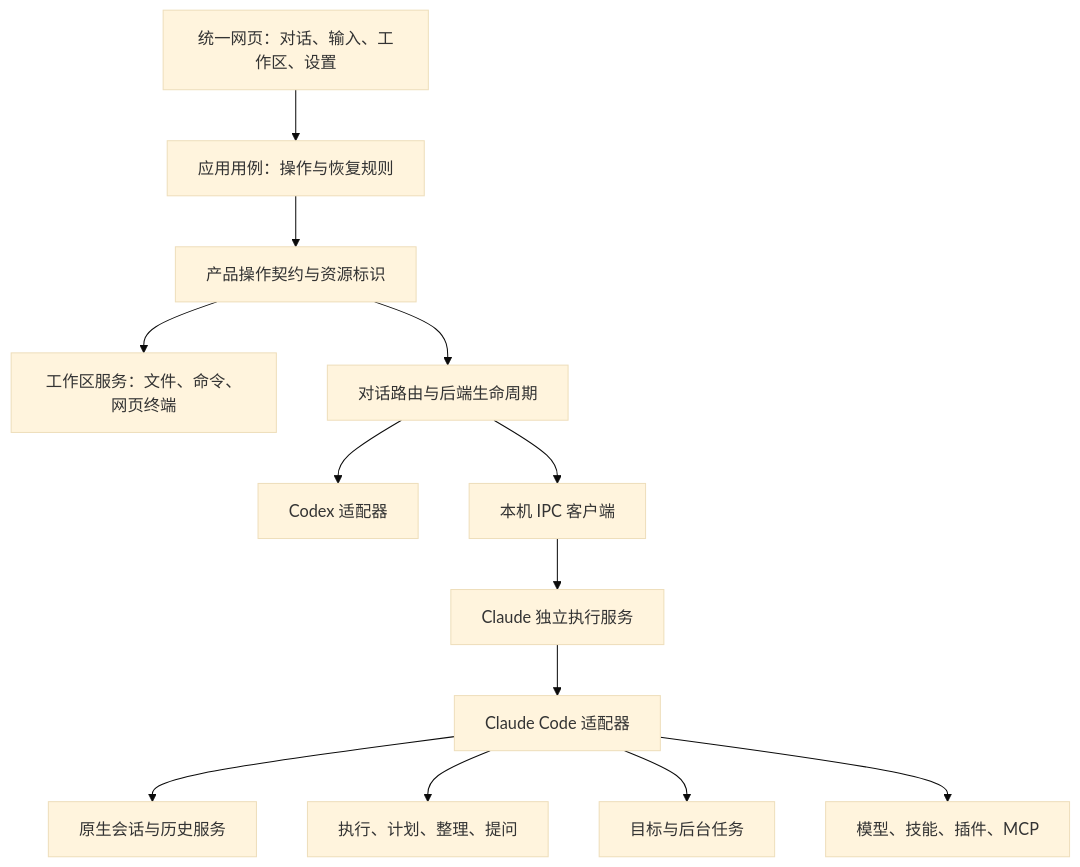
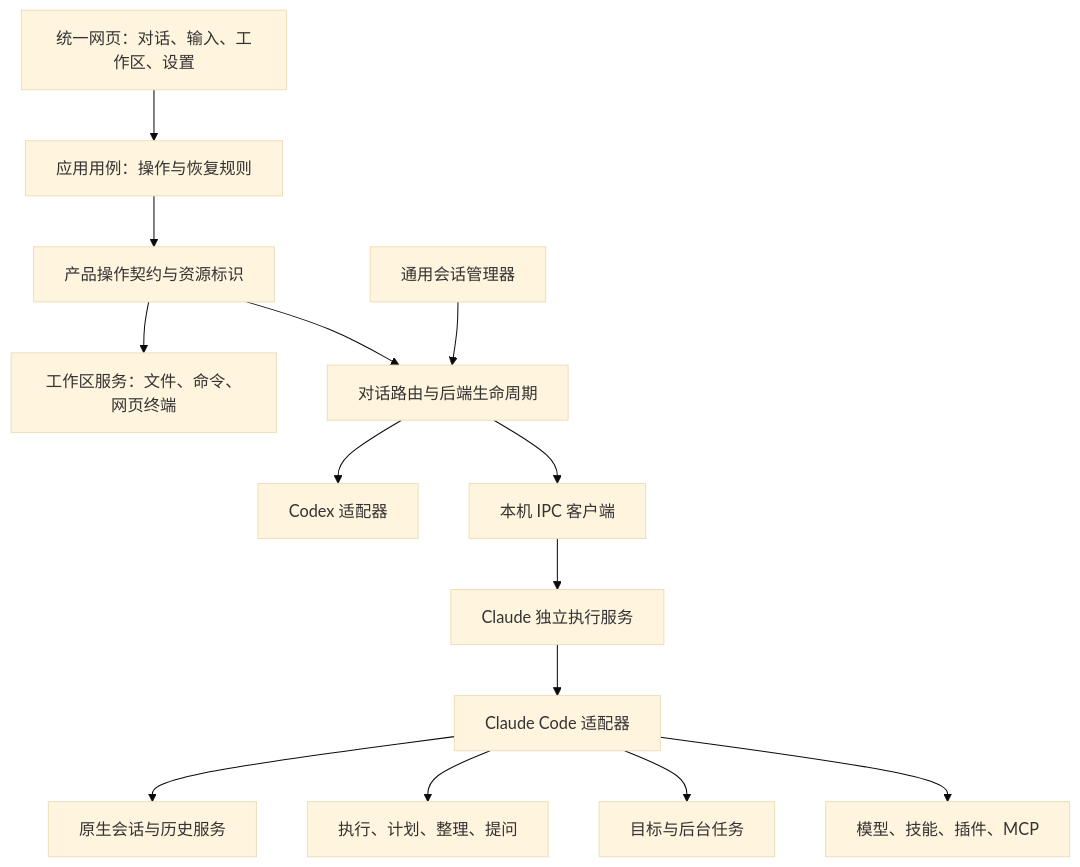
Before and after one commit to hjd-hitsz/claudex-web: the diagram in docs/architecture/backends.md, drawn with Mermaid (base theme). The commit also changed other lines of this file and 54 other files, not shown here.

````diff
--- a/docs/architecture/backends.md
+++ b/docs/architecture/backends.md
@@ -7,15 +7,16 @@
 ```mermaid
 flowchart TD
   UI[统一网页：对话、输入、工作区、设置] --> UseCases[应用用例：操作与恢复规则]
   UseCases --> Contract[产品操作契约与资源标识]
   Contract --> Workspace[工作区服务：文件、命令、网页终端]
   Contract --> Router[对话路由与后端生命周期]
+  Conversations[通用会话管理器] --> Router
   Router --> Codex[Codex 适配器]
   Router --> IPC[本机 IPC 客户端]
   IPC --> Worker[Claude 独立执行服务]
   Worker --> Claude[Claude Code 适配器]
   Claude --> Sessions[原生会话与历史服务]
   Claude --> Runs[执行、计划、整理、提问]
   Claude --> Tasks[目标与后台任务]
   Claude --> Extensions[模型、技能、插件、MCP]
 ```
````
